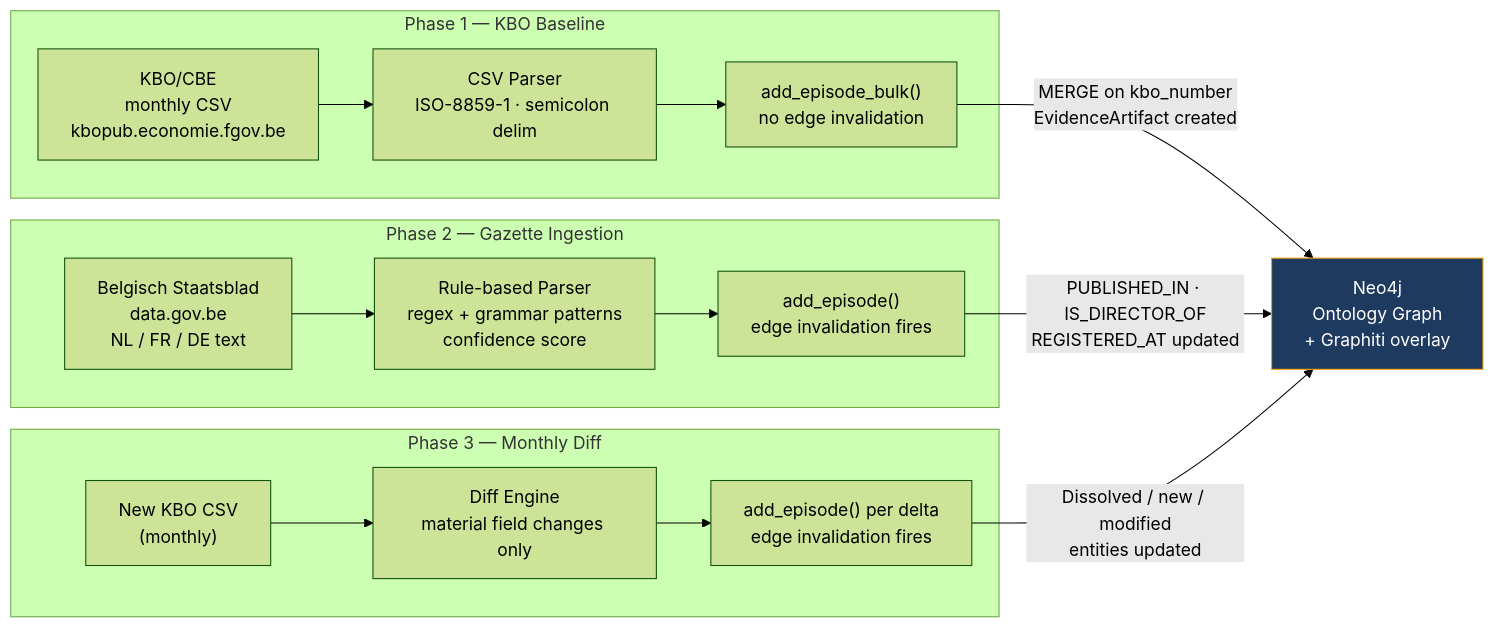
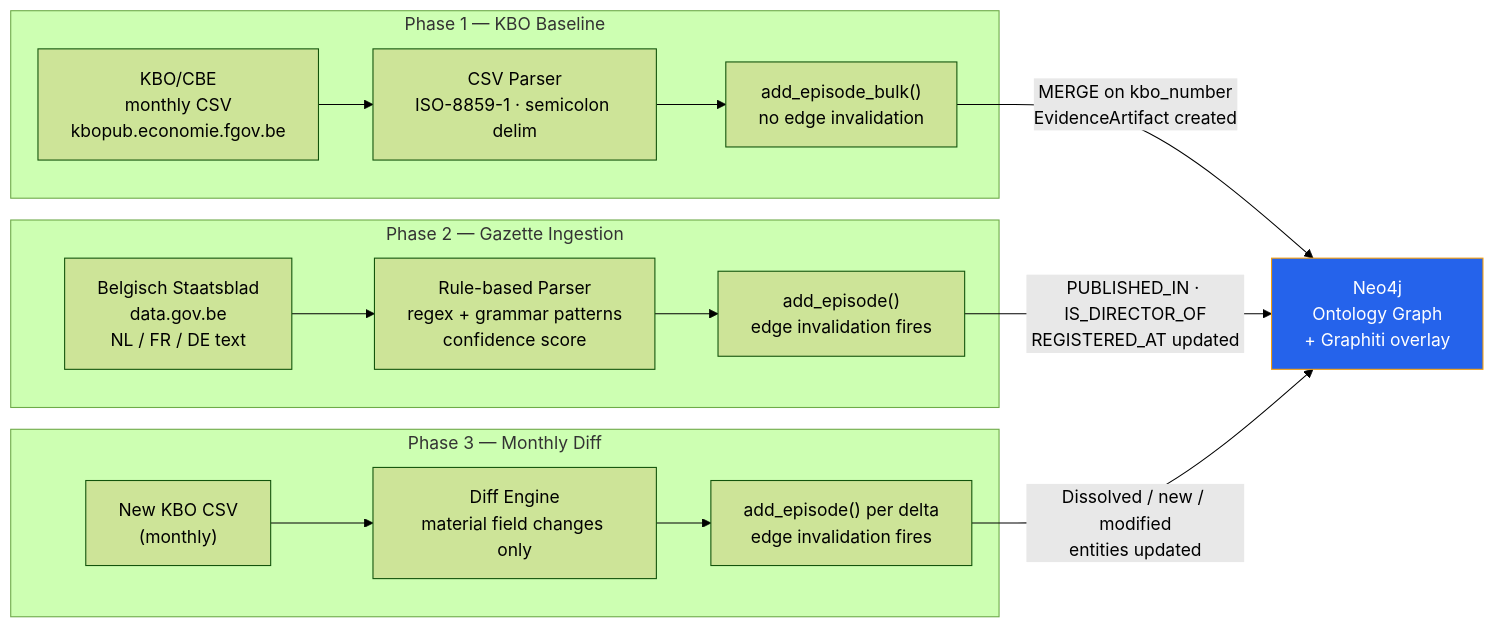
Before and after one commit to Tsunami-max/trust-relay-docs: the fourth of 6 diagrams in docs/architecture/ontology-layer.md, drawn with Mermaid (forest theme). The commit also changed other lines of this file and 24 other files, not shown here.

````diff
--- a/docs/architecture/ontology-layer.md
+++ b/docs/architecture/ontology-layer.md
@@ -324,29 +324,29 @@
 ```mermaid
 flowchart LR
     subgraph Phase1["Phase 1 — KBO Baseline"]
         KBO["KBO/CBE<br/>monthly CSV<br/>kbopub.economie.fgov.be"]
         PARSE1["CSV Parser<br/>ISO-8859-1 · semicolon delim"]
         BULK["add_episode_bulk()<br/>no edge invalidation"]
         KBO --> PARSE1 --> BULK
     end
 
     subgraph Phase2["Phase 2 — Gazette Ingestion"]
         GAZ["Belgisch Staatsblad<br/>data.gov.be<br/>NL / FR / DE text"]
         PARSE2["Rule-based Parser<br/>regex + grammar patterns<br/>confidence score"]
         EP["add_episode()<br/>edge invalidation fires"]
         GAZ --> PARSE2 --> EP
     end
 
     subgraph Phase3["Phase 3 — Monthly Diff"]
         NEW["New KBO CSV<br/>(monthly)"]
         DIFF["Diff Engine<br/>material field changes only"]
         EP2["add_episode() per delta<br/>edge invalidation fires"]
         NEW --> DIFF --> EP2
     end
 
     BULK -->|"MERGE on kbo_number<br/>EvidenceArtifact created"| NEO["Neo4j<br/>Ontology Graph<br/>+ Graphiti overlay"]
     EP -->|"PUBLISHED_IN · IS_DIRECTOR_OF<br/>REGISTERED_AT updated"| NEO
     EP2 -->|"Dissolved / new / modified<br/>entities updated"| NEO
 
-    style NEO fill:#1e3a5f,stroke:#f59e0b,color:#fff
+    style NEO fill:#2563eb,stroke:#f59e0b,color:#fff
 ```
````
